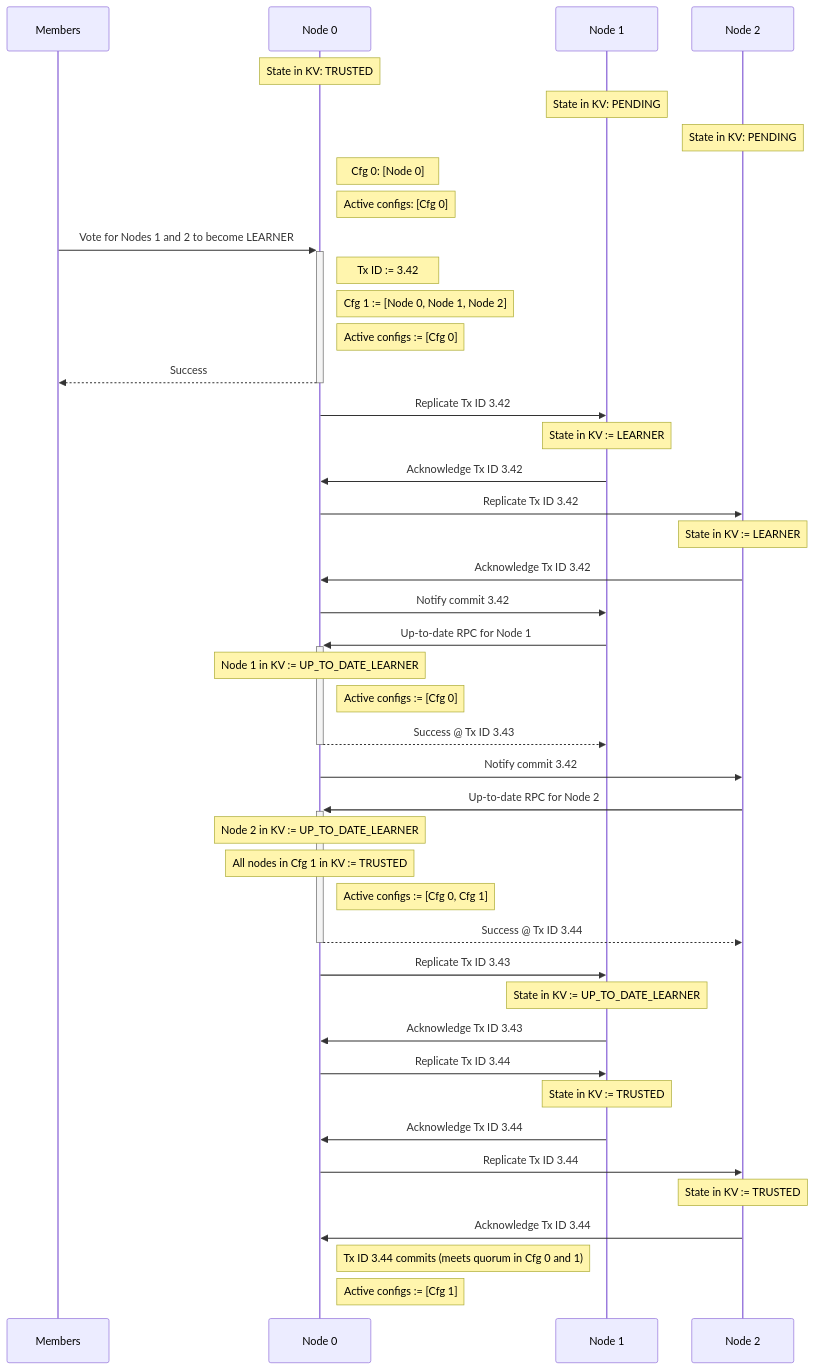
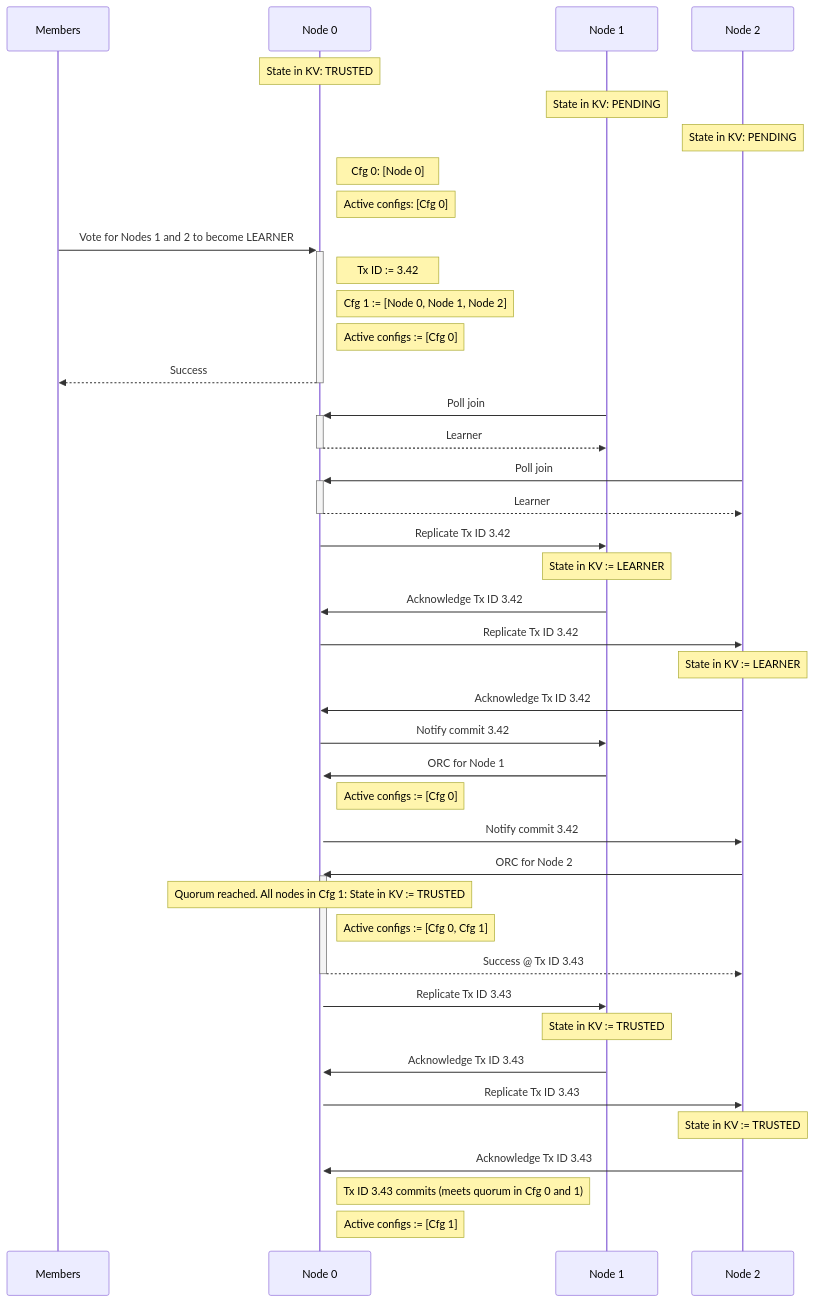
One commit to microsoft/CCF changed the fourth of 8 diagrams in doc/overview/consensus.rst. Above: the diagram before and after it, drawn with Mermaid. The commit also changed other lines of this file, not shown here.

```diff
--- a/doc/overview/consensus.rst
+++ b/doc/overview/consensus.rst
@@ -187,57 +188,57 @@
 .. mermaid::
 
     sequenceDiagram
         participant Members
         participant Node 0
         participant Node 1
         participant Node 2
 
         Note over Node 0: State in KV: TRUSTED
         Note over Node 1: State in KV: PENDING
         Note over Node 2: State in KV: PENDING
 
         Note right of Node 0: Cfg 0: [Node 0]
         Note right of Node 0: Active configs: [Cfg 0]
 
         Members->>+Node 0: Vote for Nodes 1 and 2 to become LEARNER
 
         Note right of Node 0: Tx ID := 3.42
         Note right of Node 0: Cfg 1 := [Node 0, Node 1, Node 2]
         Note right of Node 0: Active configs := [Cfg 0]
         Node 0-->>-Members: Success
 
+        Node 1->>+Node 0: Poll join
+        Node 0-->>-Node 1: Learner
+
+        Node 2->>+Node 0: Poll join
+        Node 0-->>-Node 2: Learner
+
         Node 0->>Node 1: Replicate Tx ID 3.42
         Note over Node 1: State in KV := LEARNER
         Node 1->>Node 0: Acknowledge Tx ID 3.42
 
         Node 0->>Node 2: Replicate Tx ID 3.42
         Note over Node 2: State in KV := LEARNER
         Node 2->>Node 0: Acknowledge Tx ID 3.42
 
         Node 0->>Node 1: Notify commit 3.42
 
-        Node 1->>+Node 0: Up-to-date RPC for Node 1
-        Note over Node 0: Node 1 in KV := UP_TO_DATE_LEARNER
+        Node 1->>+Node 0: ORC for Node 1
         Note right of Node 0: Active configs := [Cfg 0]
-        Node 0-->>-Node 1: Success @ Tx ID 3.43
 
         Node 0->>Node 2: Notify commit 3.42
 
-        Node 2->>+Node 0: Up-to-date RPC for Node 2
-        Note over Node 0: Node 2 in KV := UP_TO_DATE_LEARNER
-        Note over Node 0: All nodes in Cfg 1 in KV := TRUSTED
+        Node 2->>+Node 0: ORC for Node 2
+        Note over Node 0: Quorum reached. All nodes in Cfg 1: State in KV := TRUSTED
         Note right of Node 0: Active configs := [Cfg 0, Cfg 1]
-        Node 0-->>-Node 2: Success @ Tx ID 3.44
+        Node 0-->>-Node 2: Success @ Tx ID 3.43
 
         Node 0->>Node 1: Replicate Tx ID 3.43
-        Note over Node 1: State in KV := UP_TO_DATE_LEARNER
+        Note over Node 1: State in KV := TRUSTED
         Node 1->>Node 0: Acknowledge Tx ID 3.43
-        Node 0->>Node 1: Replicate Tx ID 3.44
-        Note over Node 1: State in KV := TRUSTED
-        Node 1->>Node 0: Acknowledge Tx ID 3.44
-        Node 0->>Node 2: Replicate Tx ID 3.44
+        Node 0->>Node 2: Replicate Tx ID 3.43
         Note over Node 2: State in KV := TRUSTED
-        Node 2->>Node 0: Acknowledge Tx ID 3.44
+        Node 2->>Node 0: Acknowledge Tx ID 3.43
 
-        Note right of Node 0: Tx ID 3.44 commits (meets quorum in Cfg 0 and 1)
+        Note right of Node 0: Tx ID 3.43 commits (meets quorum in Cfg 0 and 1)
         Note right of Node 0: Active configs := [Cfg 1]
```
